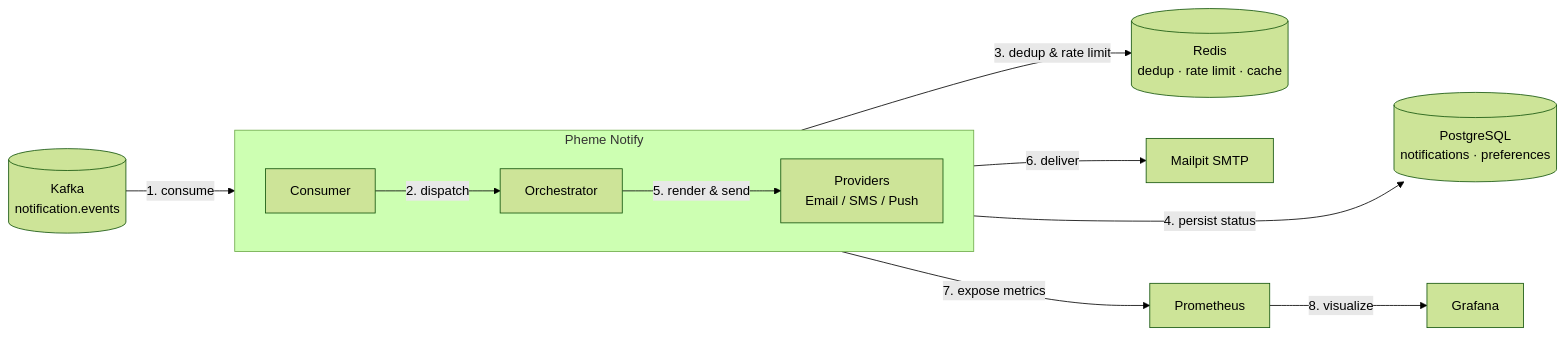
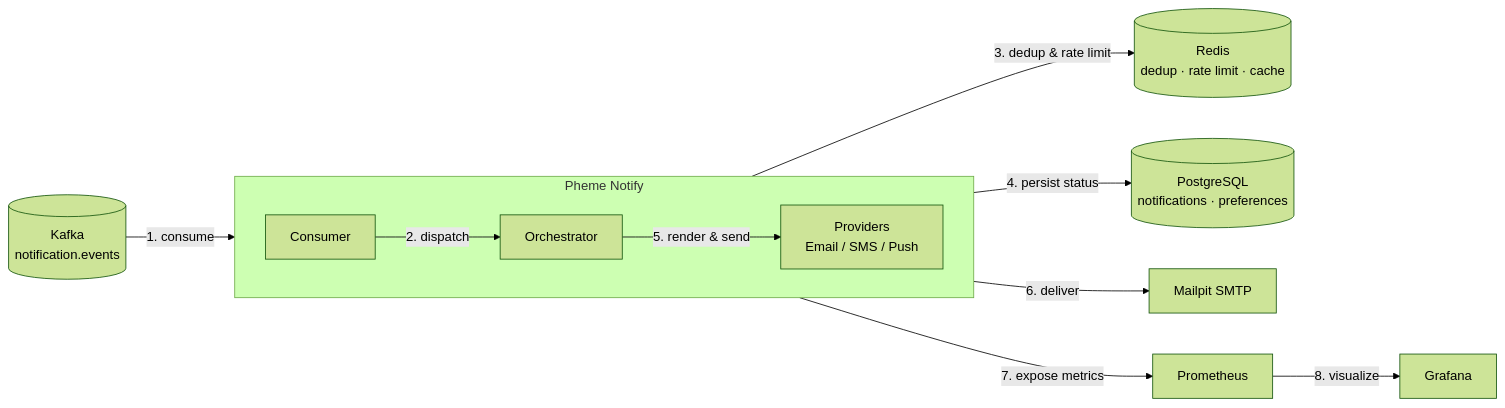
The first of 2 diagrams in README.md (dtyurin01/pheme-notify), drawn with Mermaid (forest theme) before and after one commit.

Commit message:
small docs changes

````diff
--- a/README.md
+++ b/README.md
@@ -13,16 +13,15 @@
 ```mermaid
 flowchart LR
     Kafka[("Kafka<br/>notification.events")] -- "1. consume" --> App
 
     subgraph App["Pheme Notify"]
         direction LR
         Consumer[Consumer] -- "2. dispatch" --> Orchestrator[Orchestrator] -- "5. render & send" --> Providers[Providers<br/>Email / SMS / Push]
     end
 
     Orchestrator -- "3. dedup & rate limit" --> Redis[("Redis<br/>dedup · rate limit · cache")]
     Orchestrator -- "4. persist status" --> Postgres[("PostgreSQL<br/>notifications · preferences")]
-    Redis ~~~ Postgres
     Providers -- "6. deliver" --> Mailpit[Mailpit SMTP]
 
-    App -- "7. expose metrics" --> Prometheus[Prometheus] -- "8. visualize" --> Grafana[Grafana]
+    Orchestrator -- "7. expose metrics" --> Prometheus[Prometheus] -- "8. visualize" --> Grafana[Grafana]
 ```
````
